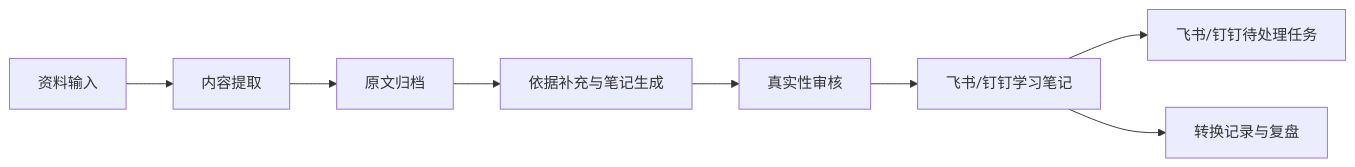
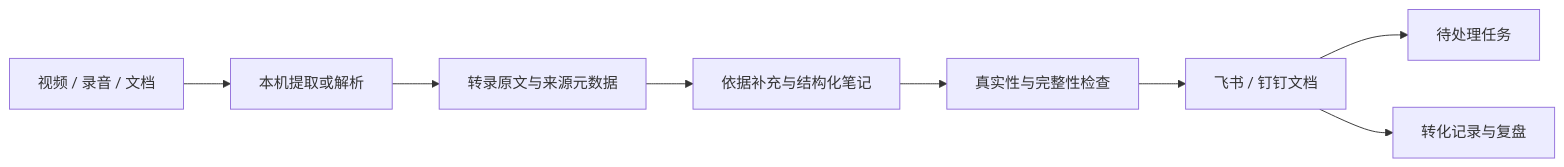
The diagram in README.md (guangquan123/media-notes-workbench), drawn with Mermaid before and after one commit. The commit also changed other lines of this file, not shown here.

````diff
--- a/README.md
+++ b/README.md
@@ -23,10 +46,10 @@
-```mermaid
+~~~mermaid
 flowchart LR
-    A[资料输入] --> B[内容提取]
-    B --> C[原文归档]
-    C --> D[依据补充与笔记生成]
-    D --> E[真实性审核]
-    E --> F[飞书/钉钉学习笔记]
-    F --> G[飞书/钉钉待处理任务]
-    F --> H[转换记录与复盘]
-```
+    A[视频 / 录音 / 文档] --> B[本机提取或解析]
+    B --> C[转录原文与来源元数据]
+    C --> D[依据补充与结构化笔记]
+    D --> E[真实性与完整性检查]
+    E --> F[飞书 / 钉钉文档]
+    F --> G[待处理任务]
+    F --> H[转化记录与复盘]
+~~~
````
